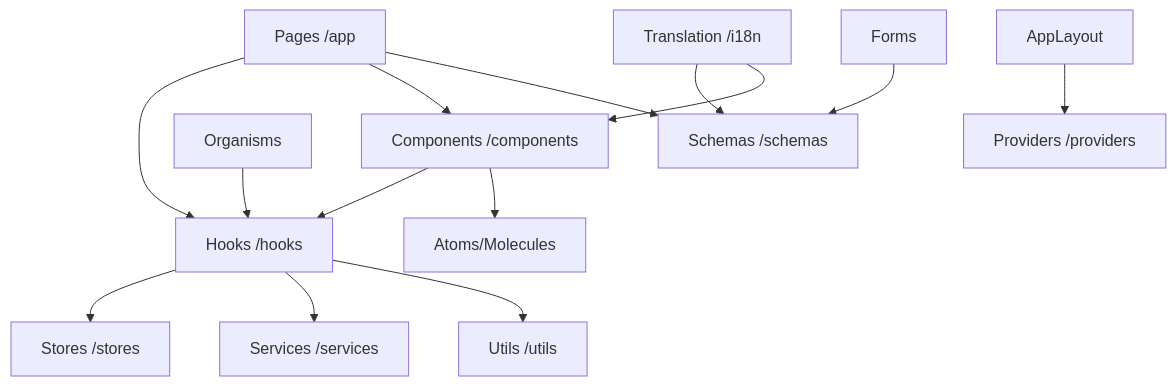
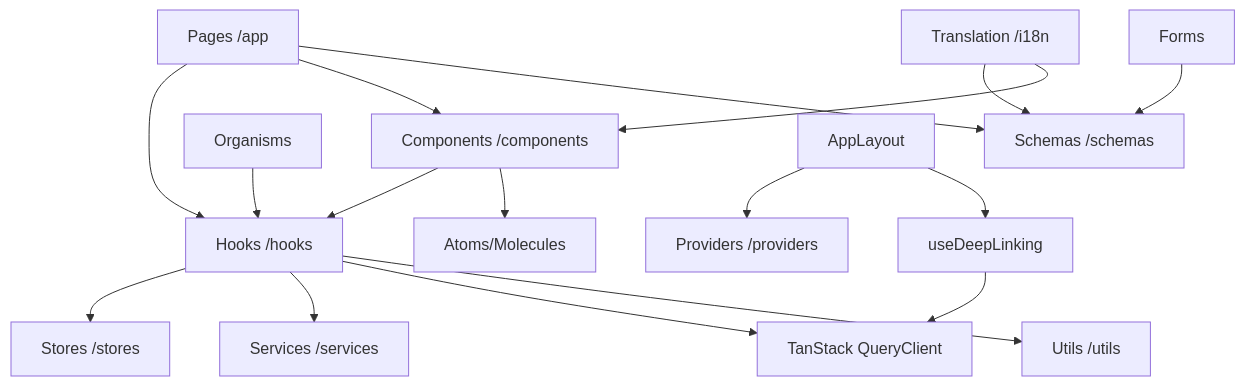
Before and after one commit to lcruz09/expo-native-boilerplate: the diagram in .agent/rules/app-interactions.md, drawn with Mermaid. The commit also changed other lines of this file and 206 other files, not shown here.

````diff
--- a/.agent/rules/app-interactions.md
+++ b/.agent/rules/app-interactions.md
@@ -7,16 +7,19 @@
 ```mermaid
 graph TD
     Pages[Pages /app] --> Hooks[Hooks /hooks]
     Pages --> Components[Components /components]
     Hooks --> Stores[Stores /stores]
     Hooks --> Services[Services /services]
+    Hooks --> QueryClient[TanStack QueryClient]
     Components --> Hooks
     Components --> Atoms[Atoms/Molecules]
     Organisms[Organisms] --> Hooks
     Pages --> Schemas[Schemas /schemas]
     Forms[Forms] --> Schemas
     AppLayout --> Providers[Providers /providers]
+    AppLayout --> DeepLinking[useDeepLinking]
     Translation[Translation /i18n] --> Schemas
     Translation --> Components
     Hooks --> Utils[Utils /utils]
+    DeepLinking --> QueryClient
 ```
````
